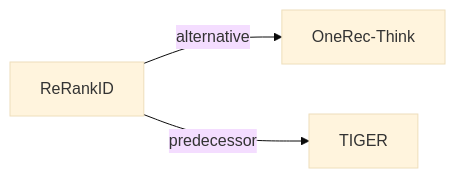
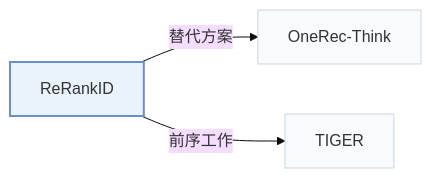
Before and after one commit to Galaxy-ghost/Awesome-SID-Generative-Rec: the second of 2 diagrams in pages/zh/papers/rerankid.md, drawn with Mermaid (base theme). The commit also changed other lines of this file and 649 other files, not shown here.

Commit message:
writer-05: also tags and modality index (schema, check, build, visuals); summary field removed; calibration data for 12 papers

````diff
--- a/pages/zh/papers/rerankid.md
+++ b/pages/zh/papers/rerankid.md
@@ -66,6 +72,10 @@
 ```mermaid
 flowchart LR
     P["ReRankID"]
-    P -->|alternative| A["OneRec-Think"]
-    P -->|predecessor| B["TIGER"]
+    P -->|"替代方案"| A["OneRec-Think"]
+    P -->|"前序工作"| B["TIGER"]
+    classDef main fill:#eaf2fb,stroke:#6b8fc7,stroke-width:2px
+    classDef peer fill:#f8fafc,stroke:#cbd5e1
+    class P main
+    class A,B peer
 ```
````
